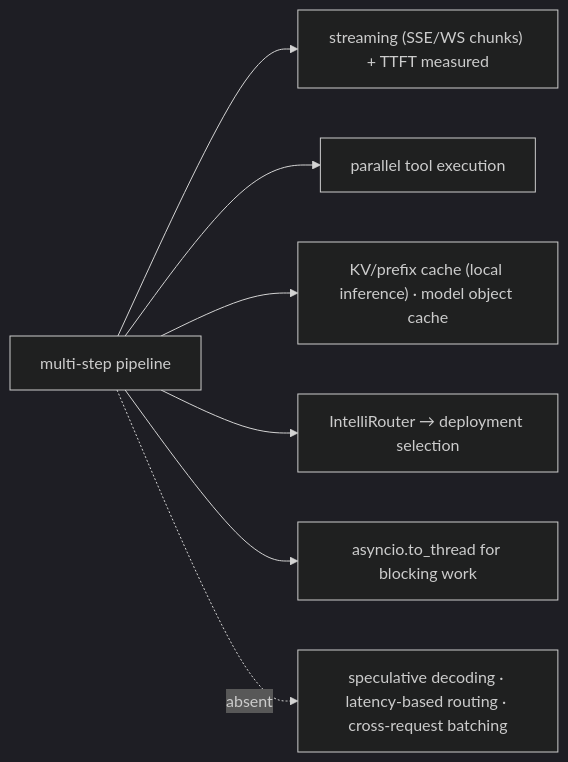
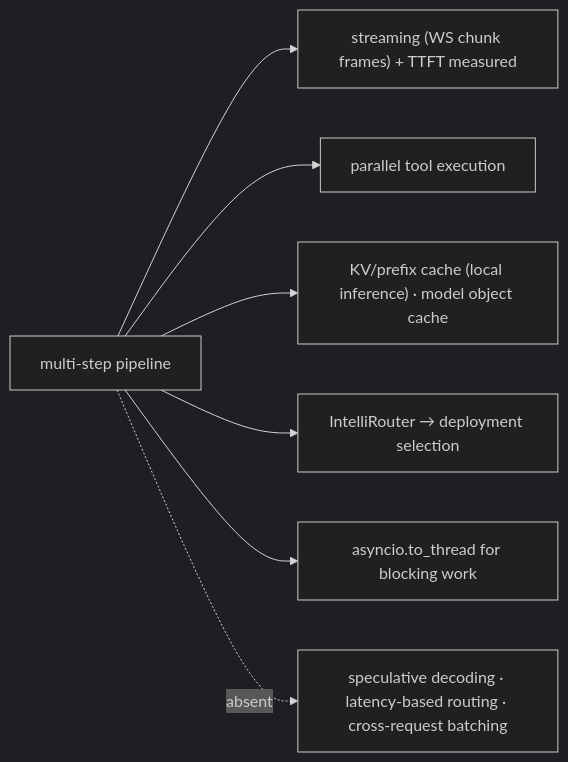
The sixth of 8 diagrams in docs-michael/interview_questions/08-production-cost-and-scale.md (michaelatamuk/openjiuwen-jiuwenswarm), drawn with Mermaid (dark theme) before and after one commit. The commit also changed 6 other files, not shown here.

````diff
--- a/docs-michael/interview_questions/08-production-cost-and-scale.md
+++ b/docs-michael/interview_questions/08-production-cost-and-scale.md
@@ -123,9 +123,9 @@
 ```mermaid
 flowchart LR
-    REQ["multi-step pipeline"] --> ST["streaming (SSE/WS chunks) + TTFT measured"]
+    REQ["multi-step pipeline"] --> ST["streaming (WS chunk frames) + TTFT measured"]
     REQ --> PAR["parallel tool execution"]
     REQ --> CACHE["KV/prefix cache (local inference) · model object cache"]
     REQ --> ROUTE["IntelliRouter → deployment selection"]
     REQ --> TO["asyncio.to_thread for blocking work"]
     REQ -.->|"absent"| X["speculative decoding · latency-based routing · cross-request batching"]
 ```
````
